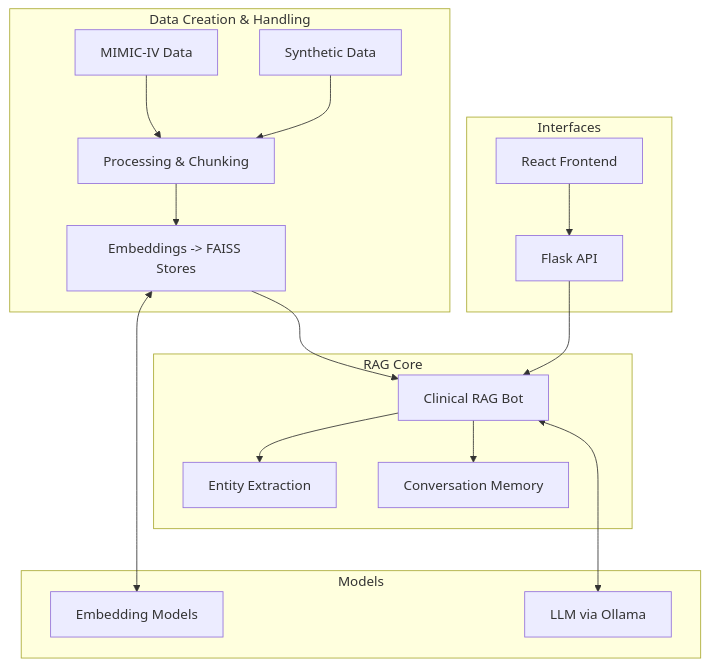
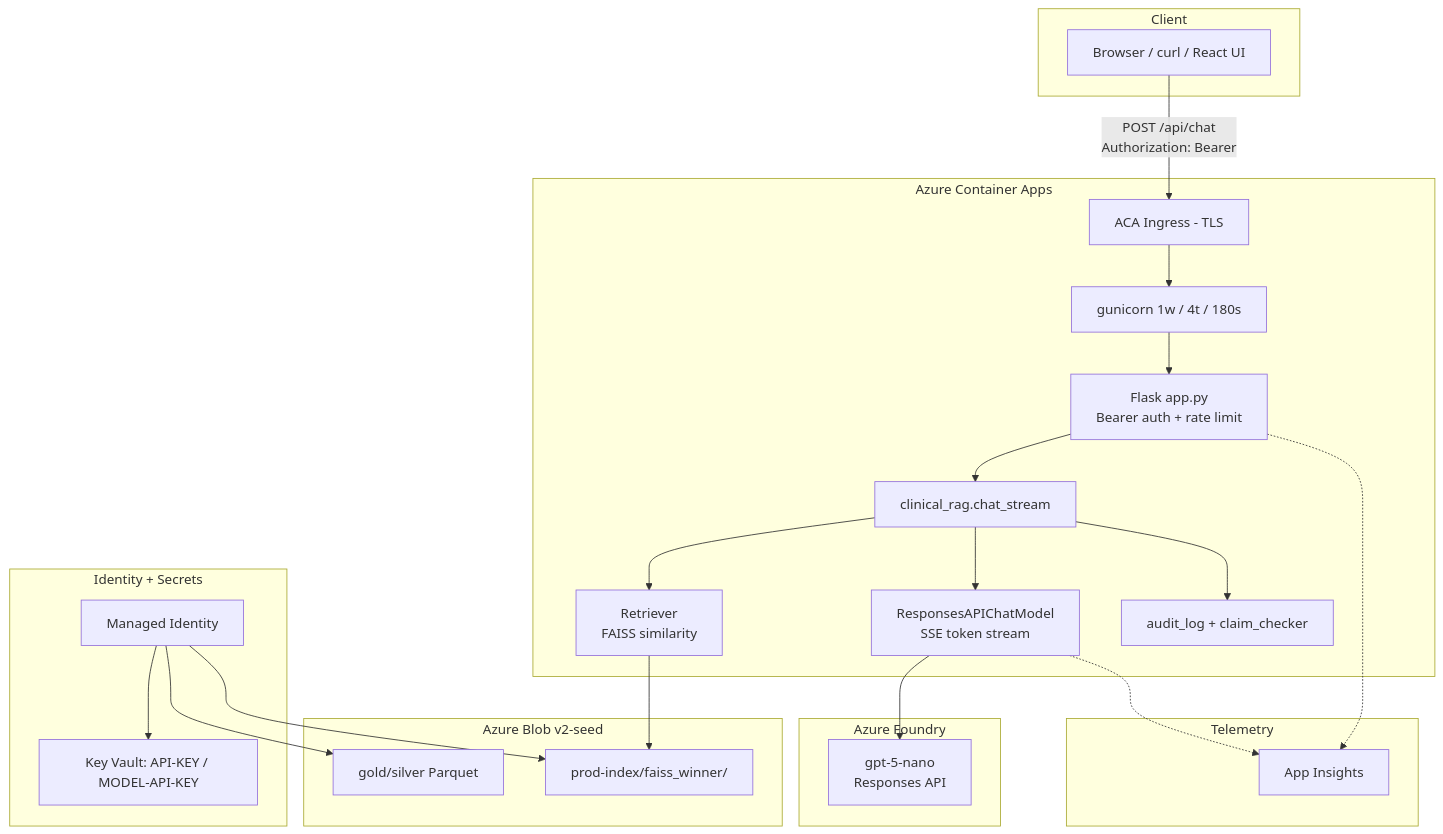
One commit to DevNick21/Clinical_RAG_chat_bot changed the diagram in README.md. Above: the diagram before and after it, drawn with Mermaid. The commit also changed other lines of this file, not shown here.

First line of the commit message:
docs(readme): rewrite for v2 — Azure ACA + Foundry Responses API

````diff
--- a/README.md
+++ b/README.md
@@ -18,39 +24,45 @@
 ```mermaid
 graph TB
-   %% Data creation & handling
-   subgraph "Data Creation & Handling"
-      A[MIMIC-IV Data]
-      B[Synthetic Data]
-      C[Processing & Chunking]
-      D[Embeddings -> FAISS Stores]
-      A --> C
-      B --> C
-      C --> D
+   subgraph "Client"
+      U[Browser / curl / React UI]
    end
 
-   %% Core RAG
-   subgraph "RAG Core"
-      E[Clinical RAG Bot]
-      F[Entity Extraction]
-      G[Conversation Memory]
-      D --> E
-      E --> F
-      E --> G
+   subgraph "Azure Container Apps"
+      ING[ACA Ingress - TLS]
+      GUN[gunicorn 1w / 4t / 180s]
+      FL[Flask app.py<br/>Bearer auth + rate limit]
+      RAG[clinical_rag.chat_stream]
+      RET[Retriever<br/>FAISS similarity]
+      LLM[ResponsesAPIChatModel<br/>SSE token stream]
+      AUD[audit_log + claim_checker]
    end
 
-   %% Models
-   subgraph "Models"
-      H[Embedding Models]
-      I[LLM via Ollama]
-      D <---> H
-      E <---> I
+   subgraph "Azure Foundry"
+      GPT[gpt-5-nano<br/>Responses API]
    end
 
-   %% Interfaces
-   subgraph "Interfaces"
-      J[React Frontend]
-      K[Flask API]
-      J --> K
-      K --> E
+   subgraph "Azure Blob v2-seed"
+      PARQ[gold/silver Parquet]
+      FAISS[prod-index/faiss_winner/]
    end
+
+   subgraph "Identity + Secrets"
+      KV[Key Vault: API-KEY / MODEL-API-KEY]
+      MI[Managed Identity]
+   end
+
+   subgraph "Telemetry"
+      AI[App Insights]
+   end
+
+   U -->|POST /api/chat<br/>Authorization: Bearer| ING
+   ING --> GUN --> FL --> RAG
+   RAG --> RET --> FAISS
+   RAG --> LLM --> GPT
+   RAG --> AUD
+   MI --> KV
+   MI --> PARQ
+   MI --> FAISS
+   FL -.-> AI
+   LLM -.-> AI
 ```
````
